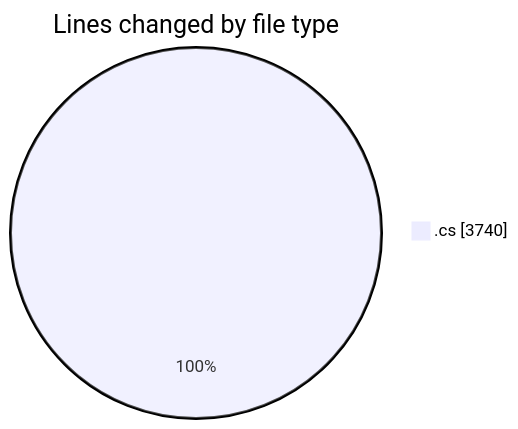
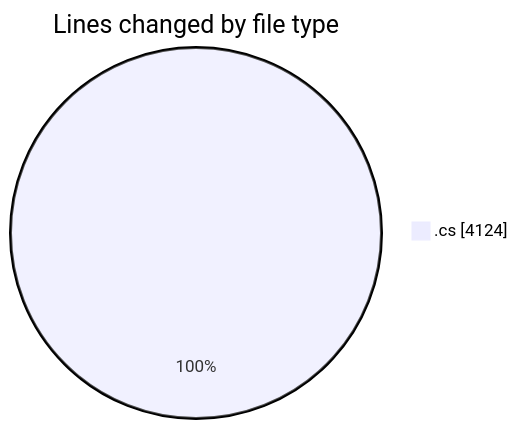
The first of 2 diagrams in 2025-03-26/back-end/README.md (Netris89/code-tracking), drawn with Mermaid before and after one commit. The commit also changed other lines of this file and 1 other file, not shown here.

````diff
--- a/2025-03-26/back-end/README.md
+++ b/2025-03-26/back-end/README.md
@@ -46,5 +48,5 @@
 ```mermaid
 pie showData
 title Lines changed by file type
-".cs" : 3740
+".cs" : 4124
 ```
````
